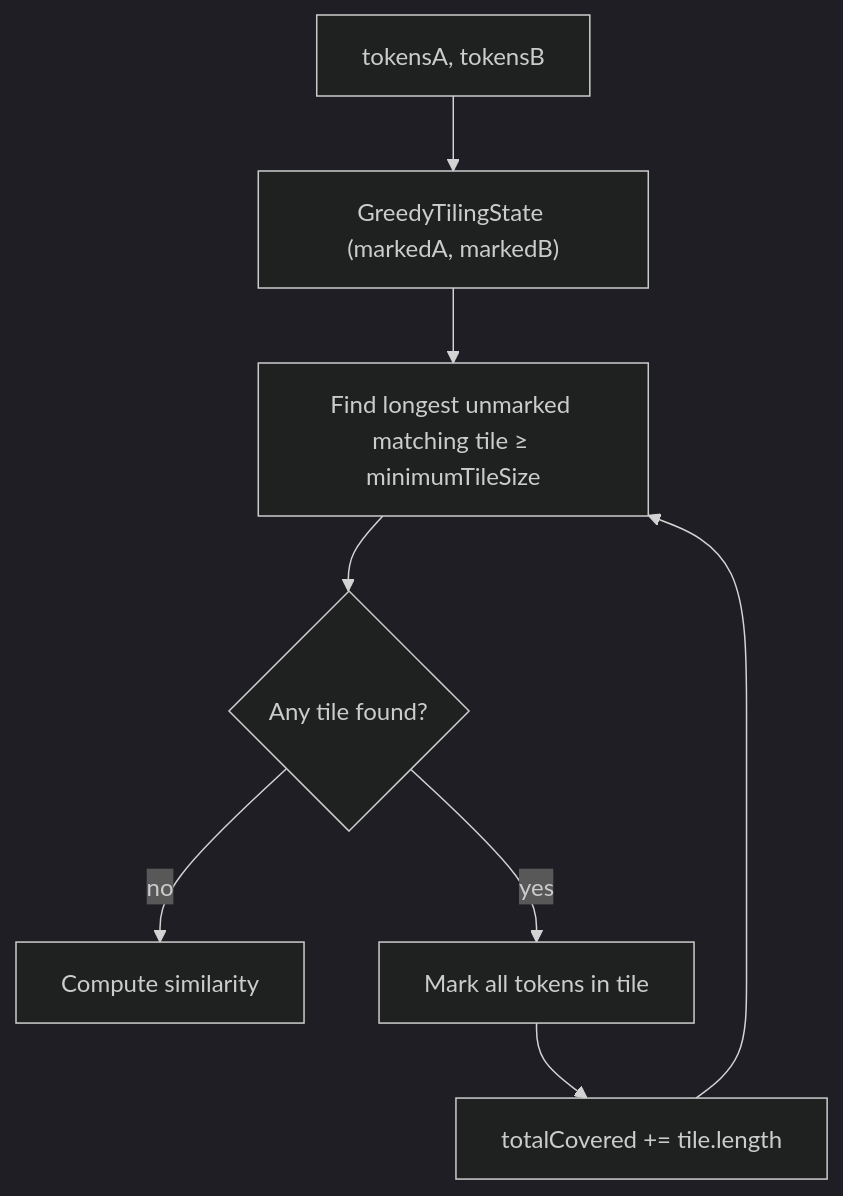
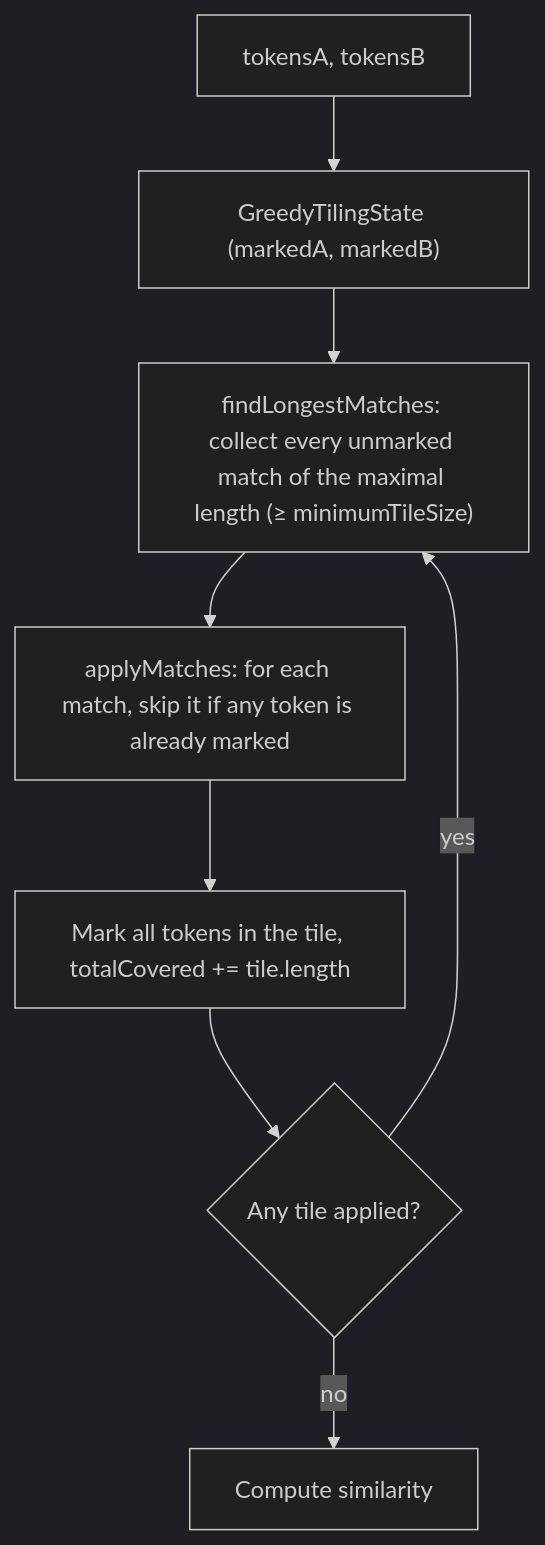
Before and after one commit to ericodx/swift-cpd: the second of 2 diagrams in Docs/CodeBase/07-detection-type3.md, drawn with Mermaid (dark theme). The commit also changed other lines of this file, not shown here.

````diff
--- a/Docs/CodeBase/07-detection-type3.md
+++ b/Docs/CodeBase/07-detection-type3.md
@@ -126,10 +132,10 @@
 ```mermaid
 flowchart TD
     A["tokensA, tokensB"] --> B["GreedyTilingState (markedA, markedB)"]
-    B --> C["Find longest unmarked matching tile ≥ minimumTileSize"]
-    C --> D{Any tile found?}
-    D -- no --> E["Compute similarity"]
-    D -- yes --> F["Mark all tokens in tile"]
-    F --> G["totalCovered += tile.length"]
-    G --> C
+    B --> C["findLongestMatches: collect every unmarked match of the maximal length (≥ minimumTileSize)"]
+    C --> D["applyMatches: for each match, skip it if any token is already marked"]
+    D --> F["Mark all tokens in the tile, totalCovered += tile.length"]
+    F --> G{Any tile applied?}
+    G -- yes --> C
+    G -- no --> E["Compute similarity"]
 ```
````
